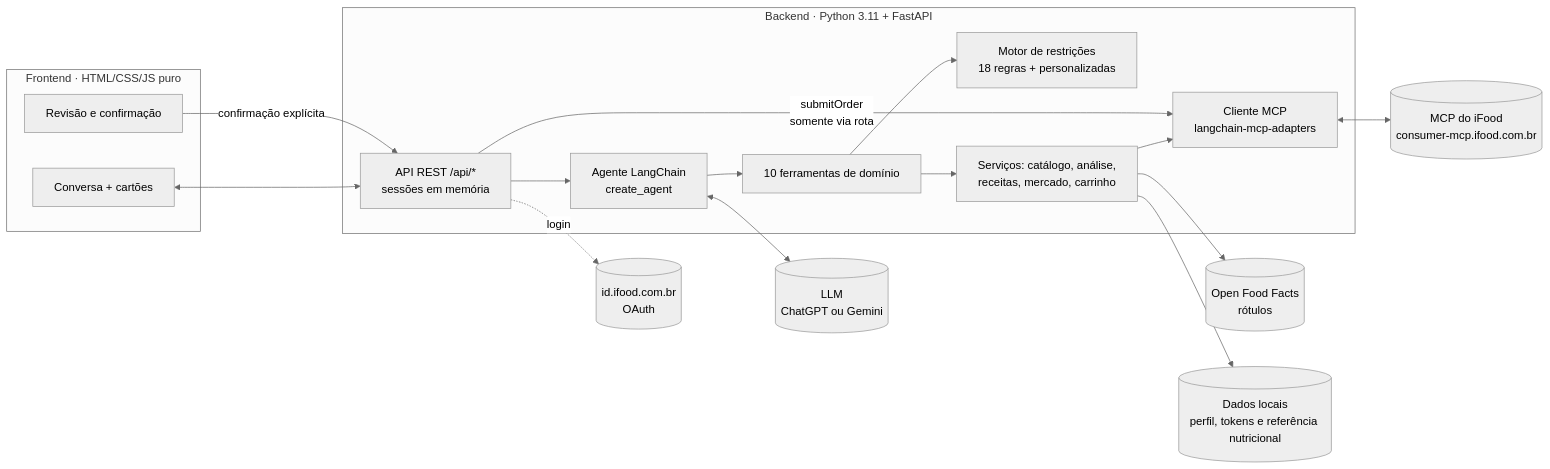
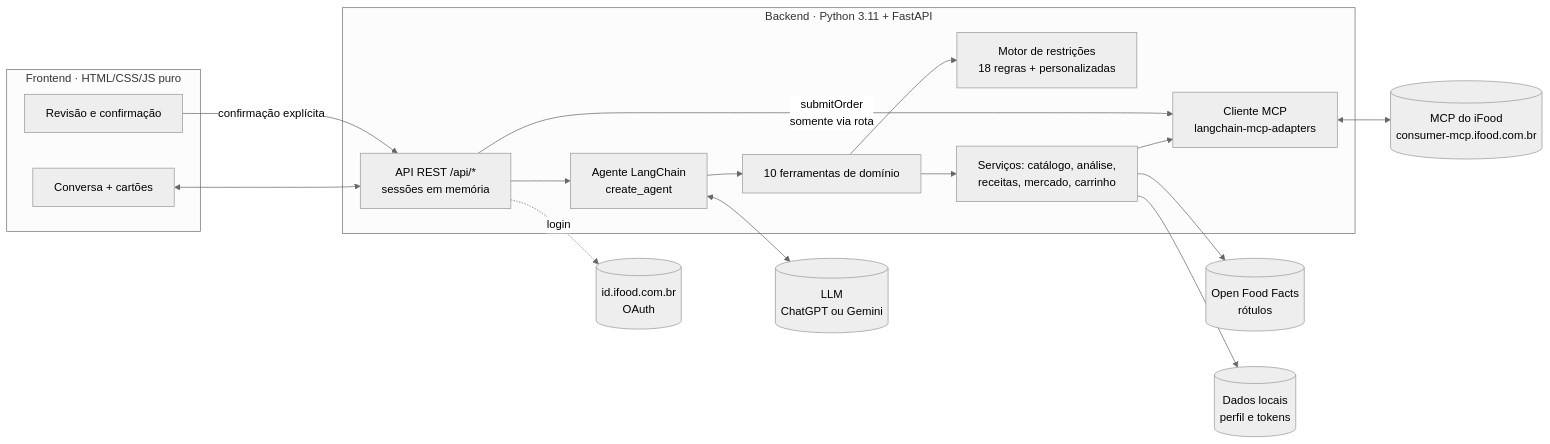
Before and after one commit to ginoventa/hackathon-ifood: the second of 3 diagrams in README.md, drawn with Mermaid (neutral theme). The commit also changed other lines of this file and 15 other files, not shown here.

````diff
--- a/README.md
+++ b/README.md
@@ -204,36 +249,36 @@
 ```mermaid
 flowchart LR
     subgraph Front["Frontend · HTML/CSS/JS puro"]
         UI[Conversa + cartões]
         CO[Revisão e confirmação]
     end
 
     subgraph Back["Backend · Python 3.11 + FastAPI"]
         API[API REST /api/*<br/>sessões em memória]
         AG[Agente LangChain<br/>create_agent]
         TL[10 ferramentas de domínio]
         RU[Motor de restrições<br/>18 regras + personalizadas]
         SV[Serviços: catálogo, análise,<br/>receitas, mercado, carrinho]
         CL[Cliente MCP<br/>langchain-mcp-adapters]
     end
 
     LLM[(LLM<br/>ChatGPT ou Gemini)]
     MCP[(MCP do iFood<br/>consumer-mcp.ifood.com.br)]
     ID[(id.ifood.com.br<br/>OAuth)]
     OFF[(Open Food Facts<br/>rótulos)]
-    DATA[(Dados locais<br/>perfil, tokens e referência nutricional)]
+    DATA[(Dados locais<br/>perfil e tokens)]
 
     UI <--> API
     CO -- confirmação explícita --> API
     API --> AG
     AG <--> LLM
     AG --> TL
     TL --> RU
     TL --> SV
     SV --> CL
     SV --> OFF
     SV --> DATA
     CL <--> MCP
     API -. login .-> ID
     API -- "submitOrder<br/>somente via rota" --> CL
 ```
````
